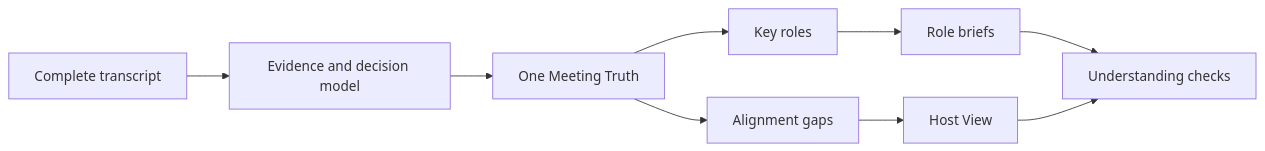
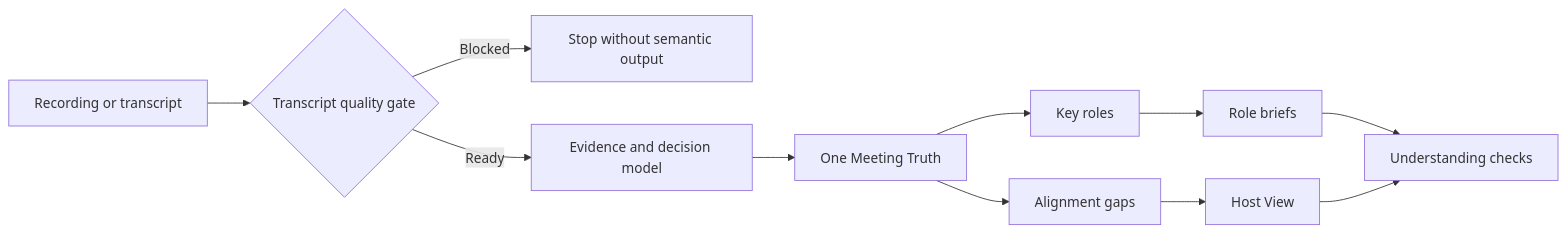
Before and after one commit to chiwinzhong/meeting-align: the diagram in README.md, drawn with Mermaid. The commit also changed other lines of this file and 22 other files, not shown here.

````diff
--- a/README.md
+++ b/README.md
@@ -73,11 +81,13 @@
 ```mermaid
 flowchart LR
-    A["Complete transcript"] --> B["Evidence and decision model"]
-    B --> C["One Meeting Truth"]
-    C --> D["Key roles"]
-    C --> E["Alignment gaps"]
-    D --> F["Role briefs"]
-    E --> G["Host View"]
-    F --> H["Understanding checks"]
-    G --> H
+    A["Recording or transcript"] --> B{"Transcript quality gate"}
+    B -- "Blocked" --> X["Stop without semantic output"]
+    B -- "Ready" --> C["Evidence and decision model"]
+    C --> D["One Meeting Truth"]
+    D --> E["Key roles"]
+    D --> F["Alignment gaps"]
+    E --> G["Role briefs"]
+    F --> H["Host View"]
+    G --> I["Understanding checks"]
+    H --> I
 ```
````
